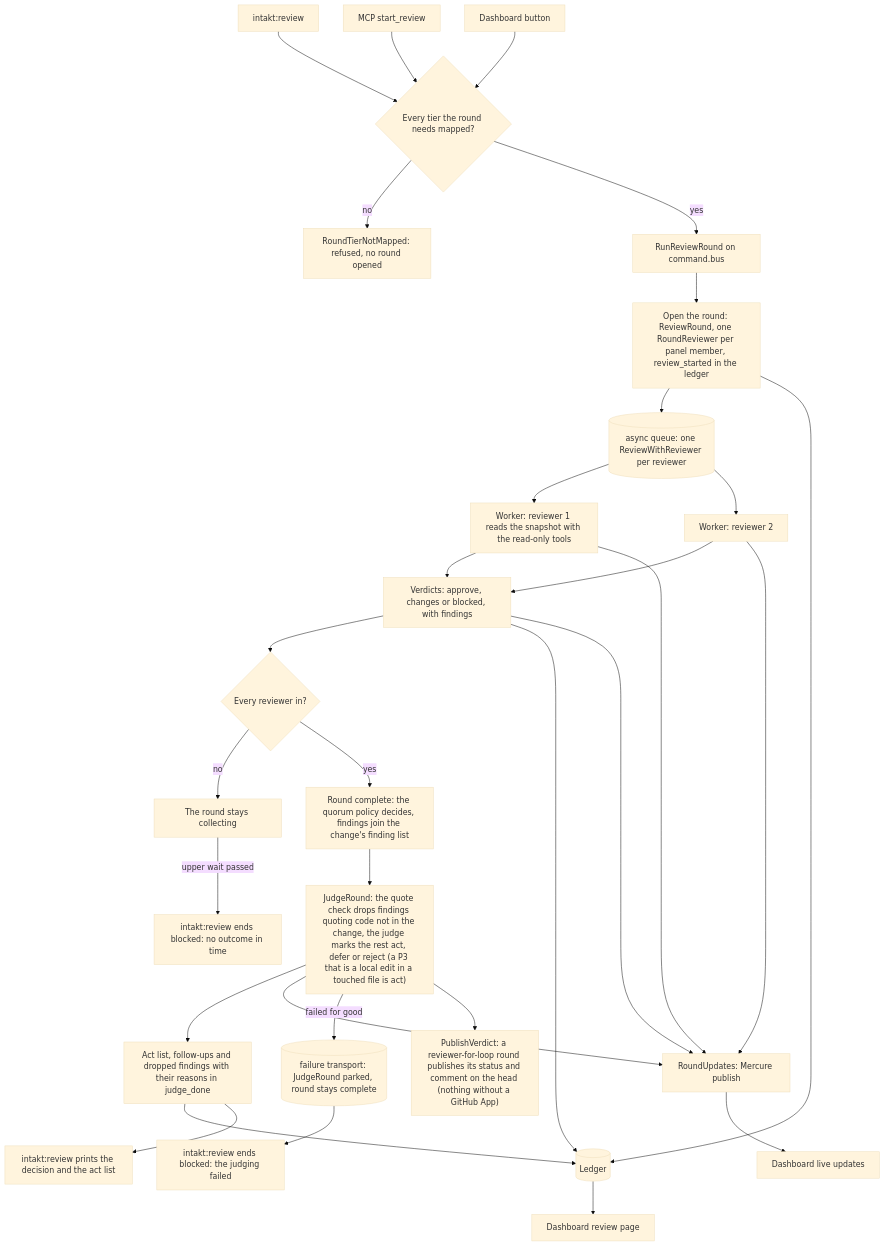
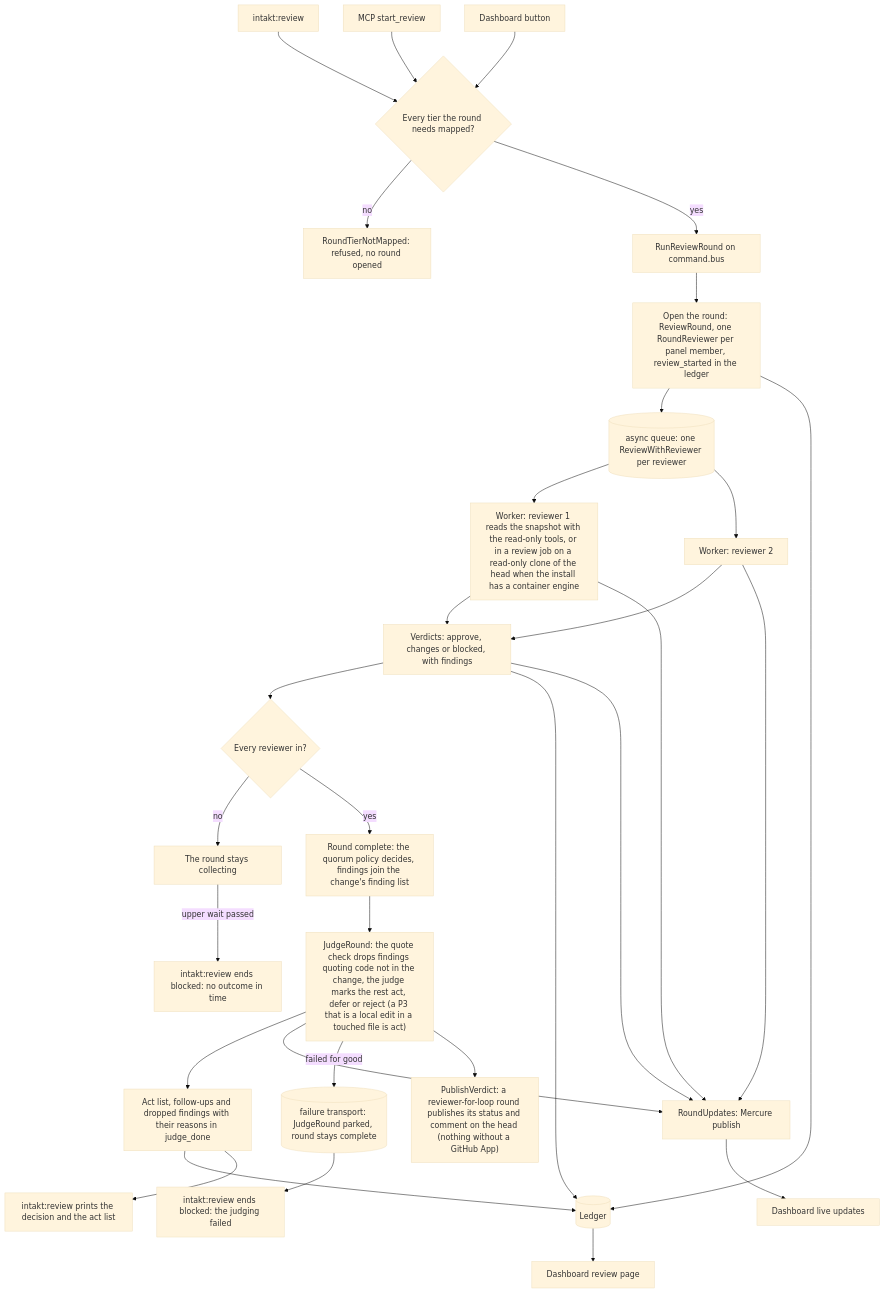
Before and after one commit to shinyredapples/intakt: the diagram in docs/architecture/review-flow.md, drawn with Mermaid (base theme). The commit also changed other lines of this file and 8 other files, not shown here.

Commit message:
docs(review): describe where a reviewer runs and the review job path

````diff
--- a/docs/architecture/review-flow.md
+++ b/docs/architecture/review-flow.md
@@ -5,32 +5,32 @@
 ```mermaid
 flowchart TD
     cli["intakt:review"] --> start
     mcp["MCP start_review"] --> start
     btn["Dashboard button"] --> start
     start{"Every tier the round needs mapped?"} -->|no| refused["RoundTierNotMapped: refused, no round opened"]
     start -->|yes| run["RunReviewRound on command.bus"] --> open["Open the round: ReviewRound, one RoundReviewer per panel member, review_started in the ledger"]
     open --> queue[("async queue: one ReviewWithReviewer per reviewer")]
-    queue --> w1["Worker: reviewer 1 reads the snapshot with the read-only tools"]
+    queue --> w1["Worker: reviewer 1 reads the snapshot with the read-only tools, or in a review job on a read-only clone of the head when the install has a container engine"]
     queue --> w2["Worker: reviewer 2"]
     w1 --> verdicts["Verdicts: approve, changes or blocked, with findings"]
     w2 --> verdicts
     verdicts --> complete{"Every reviewer in?"}
     complete -->|no| wait["The round stays collecting"]
     complete -->|yes| quorum["Round complete: the quorum policy decides, findings join the change's finding list"]
     quorum --> judge["JudgeRound: the quote check drops findings quoting code not in the change, the judge marks the rest act, defer or reject (a P3 that is a local edit in a touched file is act)"]
     judge --> act["Act list, follow-ups and dropped findings with their reasons in judge_done"]
     act --> ledger[("Ledger")]
     open --> ledger
     verdicts --> ledger
     ledger --> dash["Dashboard review page"]
     w1 --> updates["RoundUpdates: Mercure publish"]
     w2 --> updates
     verdicts --> updates
     judge --> updates
     updates --> live["Dashboard live updates"]
     act --> out["intakt:review prints the decision and the act list"]
     judge -->|failed for good| failed[("failure transport: JudgeRound parked, round stays complete")]
     failed --> outFailed["intakt:review ends blocked: the judging failed"]
     wait -->|upper wait passed| outLate["intakt:review ends blocked: no outcome in time"]
     judge --> publish["PublishVerdict: a reviewer-for-loop round publishes its status and comment on the head (nothing without a GitHub App)"]
 ```
````
